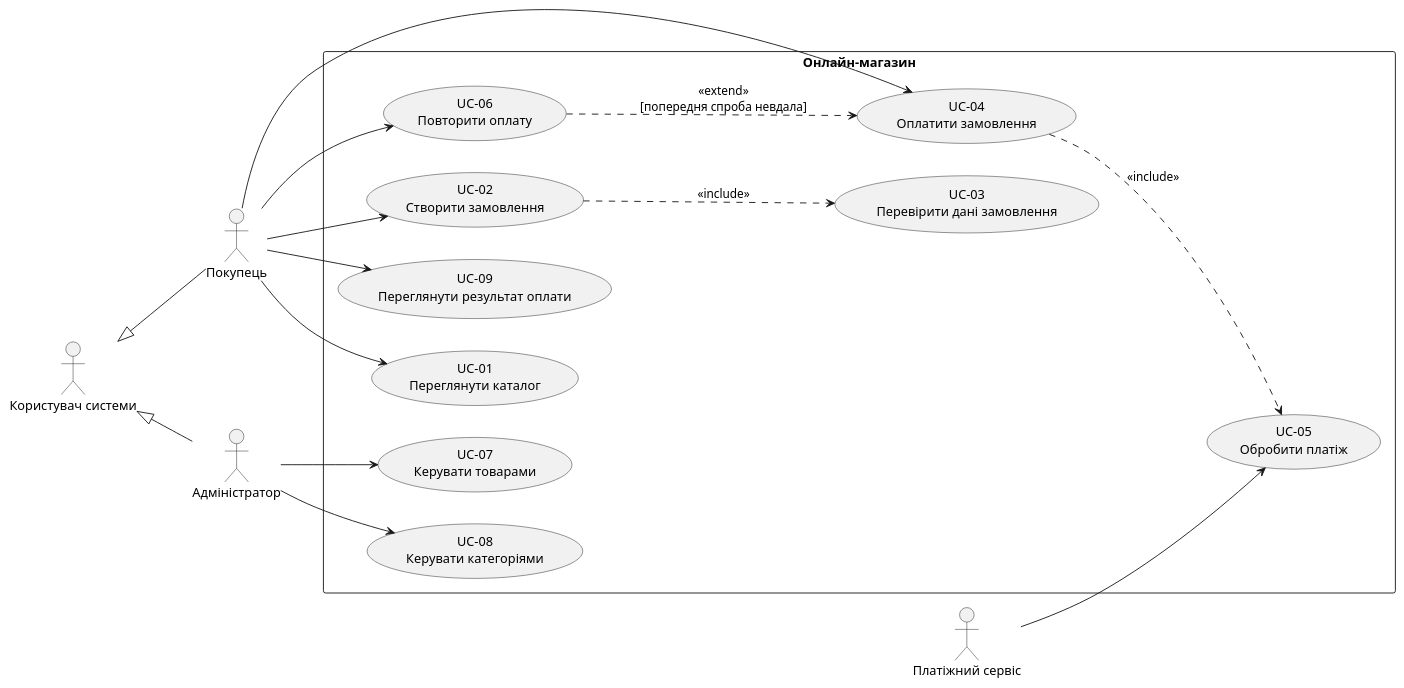
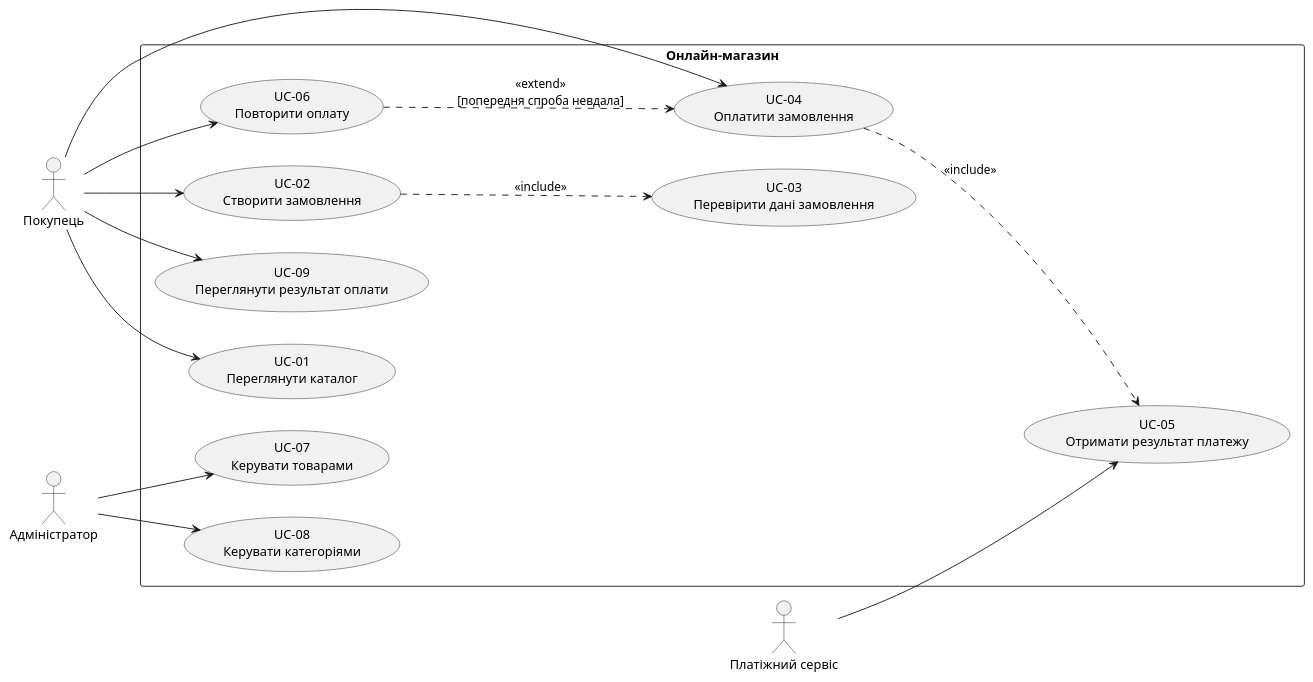
Before and after one commit to denisovatetiana-im-53/kpi: the diagram in lab2/use-case-diagram.puml, drawn with PlantUML. The commit also changed 1 other file, not shown here.

Commit message:
docs(lab2): update payment use case diagram

```diff
--- a/lab2/use-case-diagram.puml
+++ b/lab2/use-case-diagram.puml
@@ -2,39 +2,35 @@
 @startuml
 left to right direction
 skinparam packageStyle rectangle
 
-actor "Користувач системи" as User
 actor "Покупець" as Buyer
 actor "Адміністратор" as Admin
 actor "Платіжний сервіс" as PaymentService
-
-User <|-- Buyer
-User <|-- Admin
 
 rectangle "Онлайн-магазин" {
   usecase "UC-01\nПереглянути каталог" as UC1
   usecase "UC-02\nСтворити замовлення" as UC2
   usecase "UC-03\nПеревірити дані замовлення" as UC3
   usecase "UC-04\nОплатити замовлення" as UC4
-  usecase "UC-05\nОбробити платіж" as UC5
+  usecase "UC-05\nОтримати результат платежу" as UC5
   usecase "UC-06\nПовторити оплату" as UC6
   usecase "UC-07\nКерувати товарами" as UC7
   usecase "UC-08\nКерувати категоріями" as UC8
   usecase "UC-09\nПереглянути результат оплати" as UC9
 }
 
 Buyer --> UC1
 Buyer --> UC2
 Buyer --> UC4
 Buyer --> UC6
 Buyer --> UC9
 
 UC2 ..> UC3 : <<include>>
 UC4 ..> UC5 : <<include>>
 UC6 ..> UC4 : <<extend>>\n[попередня спроба невдала]
 
 PaymentService --> UC5
 Admin --> UC7
 Admin --> UC8
 
 @enduml
```
